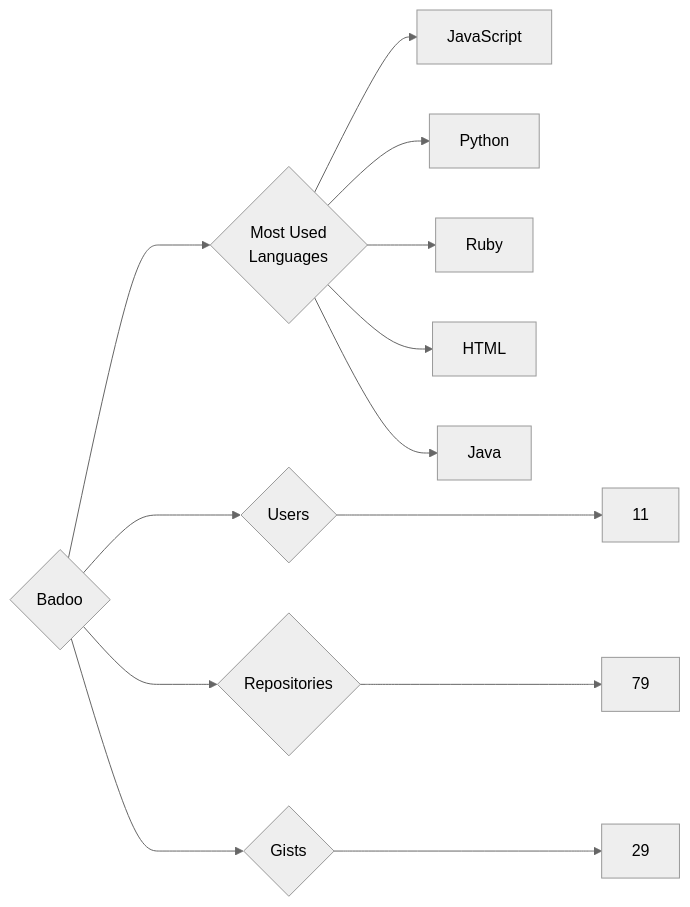
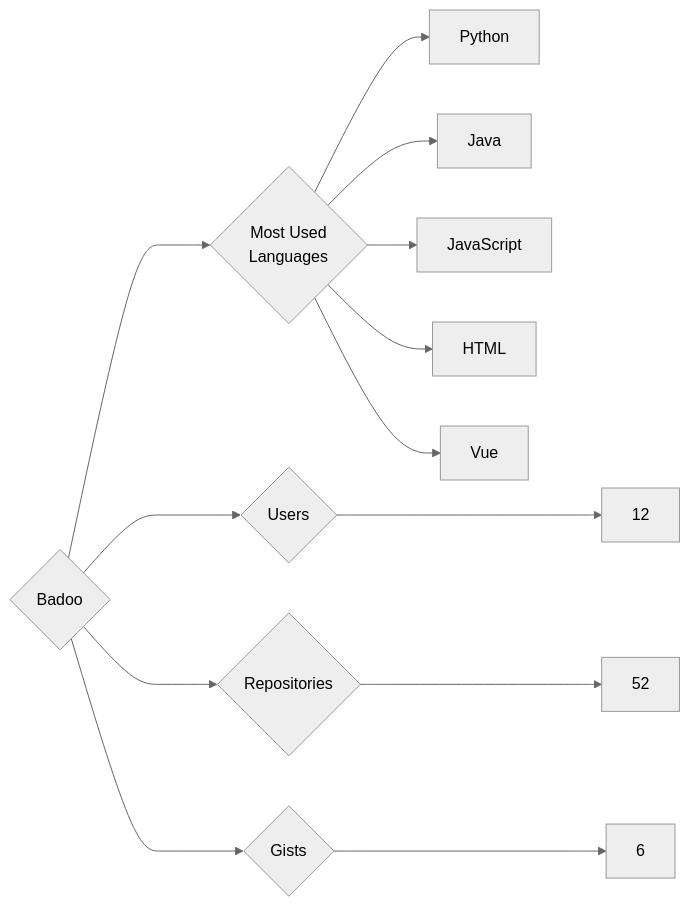
One commit to trickest/insiders changed the diagram in targets/Badoo/README.md. Above: the diagram before and after it, drawn with Mermaid (neutral theme). The commit also changed 1148 other files, not shown here.

````diff
--- a/targets/Badoo/README.md
+++ b/targets/Badoo/README.md
@@ -3,13 +3,13 @@
 ```mermaid
 graph LR
 COMPANY_NAME{Badoo}
-COMPANY_NAME ---> U{Users} ---> UN[11]
-COMPANY_NAME ---> R{Repositories} ---> RN[79]
-COMPANY_NAME ---> G{Gists} ---> GN[29]
+COMPANY_NAME ---> U{Users} ---> UN[12]
+COMPANY_NAME ---> R{Repositories} ---> RN[52]
+COMPANY_NAME ---> G{Gists} ---> GN[6]
 COMPANY_NAME ---> ML{Most Used<br>Languages}
+ML --> Python[Python]
+ML --> Java[Java]
 ML --> JavaScript[JavaScript]
-ML --> Python[Python]
-ML --> Ruby[Ruby]
 ML --> HTML[HTML]
-ML --> Java[Java]
+ML --> Vue[Vue]
 ```
````
